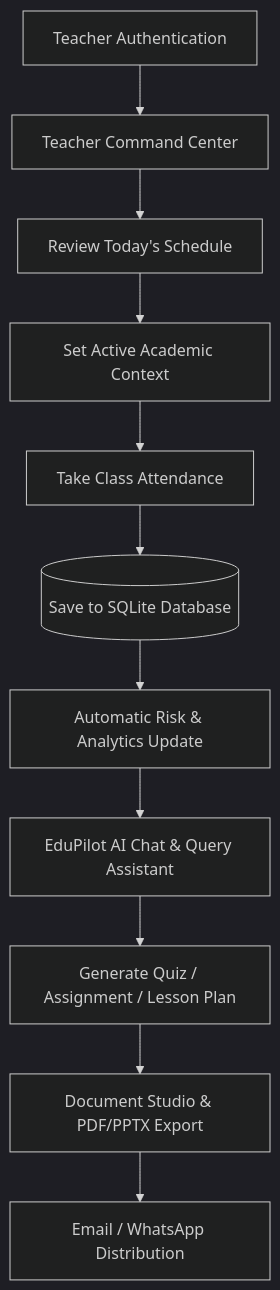
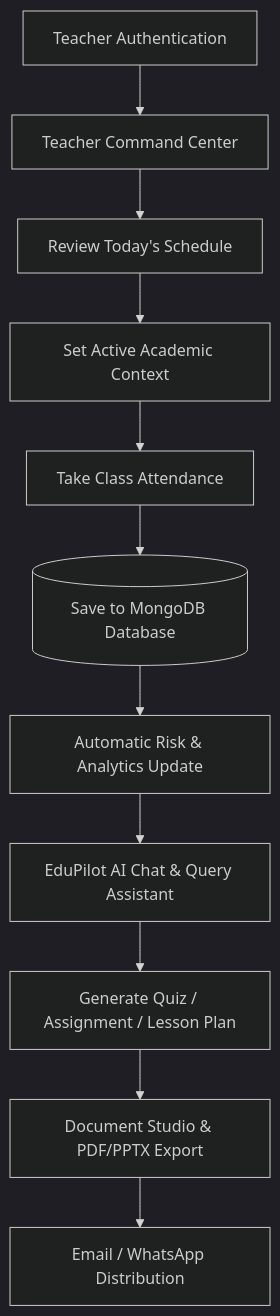
The third of 3 diagrams in ARCHITECTURE.md (Babin123456/EduPilot-AI), drawn with Mermaid (dark theme) before and after one commit. The commit also changed other lines of this file and 8 other files, not shown here.

````diff
--- a/ARCHITECTURE.md
+++ b/ARCHITECTURE.md
@@ -89,13 +90,13 @@
 ```mermaid
 flowchart TD
     LOGIN[Teacher Authentication] --> DASH[Teacher Command Center]
     DASH --> ROUTINE[Review Today's Schedule]
     ROUTINE --> SELECT[Set Active Academic Context]
     SELECT --> ATTENDANCE[Take Class Attendance]
-    ATTENDANCE --> PERSIST[(Save to SQLite Database)]
+    ATTENDANCE --> PERSIST[(Save to MongoDB Database)]
     PERSIST --> INSIGHTS[Automatic Risk & Analytics Update]
     INSIGHTS --> COPILOT[EduPilot AI Chat & Query Assistant]
     COPILOT --> GENERATE[Generate Quiz / Assignment / Lesson Plan]
     GENERATE --> STUDIO[Document Studio & PDF/PPTX Export]
     STUDIO --> COMM[Email / WhatsApp Distribution]
 ```
````
